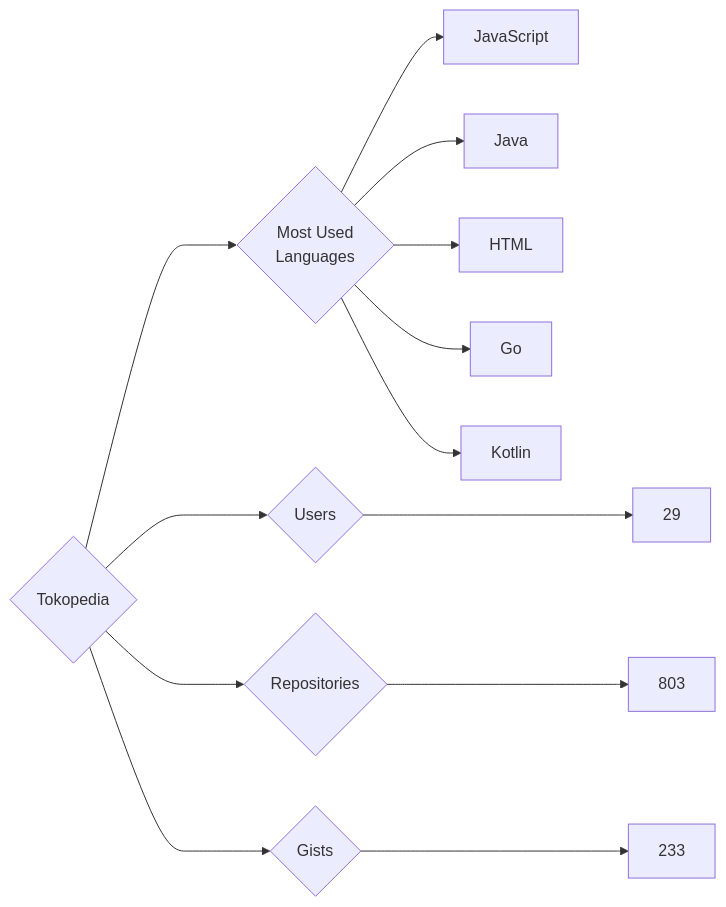
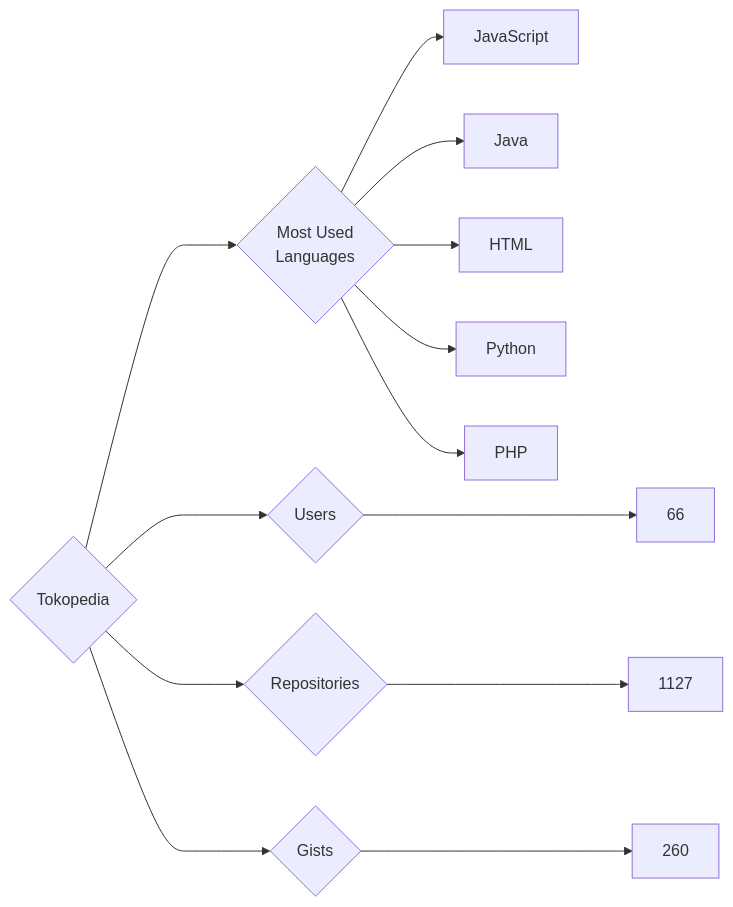
Before and after one commit to trickest/insiders: the diagram in targets/Tokopedia/README.md, drawn with Mermaid. The commit also changed 835 other files, not shown here.

````diff
--- a/targets/Tokopedia/README.md
+++ b/targets/Tokopedia/README.md
@@ -3,13 +3,13 @@
 ```mermaid
 graph LR
 COMPANY_NAME{Tokopedia}
-COMPANY_NAME ---> U{Users} ---> UN[29]
-COMPANY_NAME ---> R{Repositories} ---> RN[803]
-COMPANY_NAME ---> G{Gists} ---> GN[233]
+COMPANY_NAME ---> U{Users} ---> UN[66]
+COMPANY_NAME ---> R{Repositories} ---> RN[1127]
+COMPANY_NAME ---> G{Gists} ---> GN[260]
 COMPANY_NAME ---> ML{Most Used<br>Languages}
 ML --> JavaScript[JavaScript]
 ML --> Java[Java]
 ML --> HTML[HTML]
-ML --> Go[Go]
-ML --> Kotlin[Kotlin]
+ML --> Python[Python]
+ML --> PHP[PHP]
 ```
````
